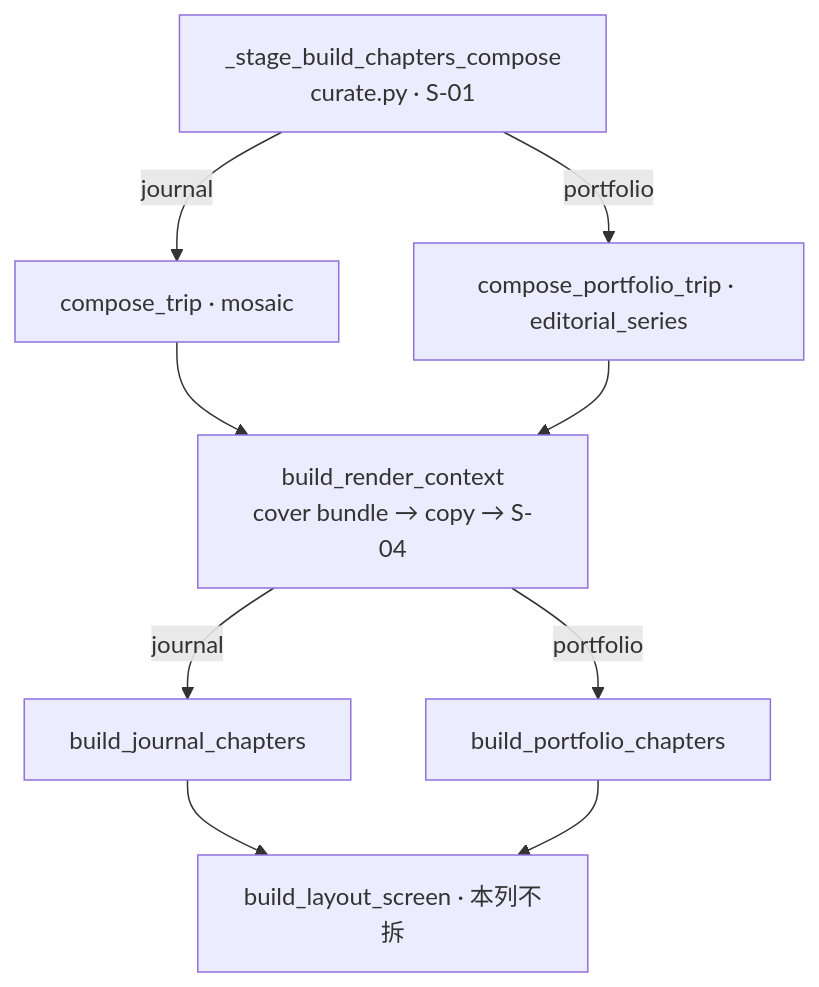
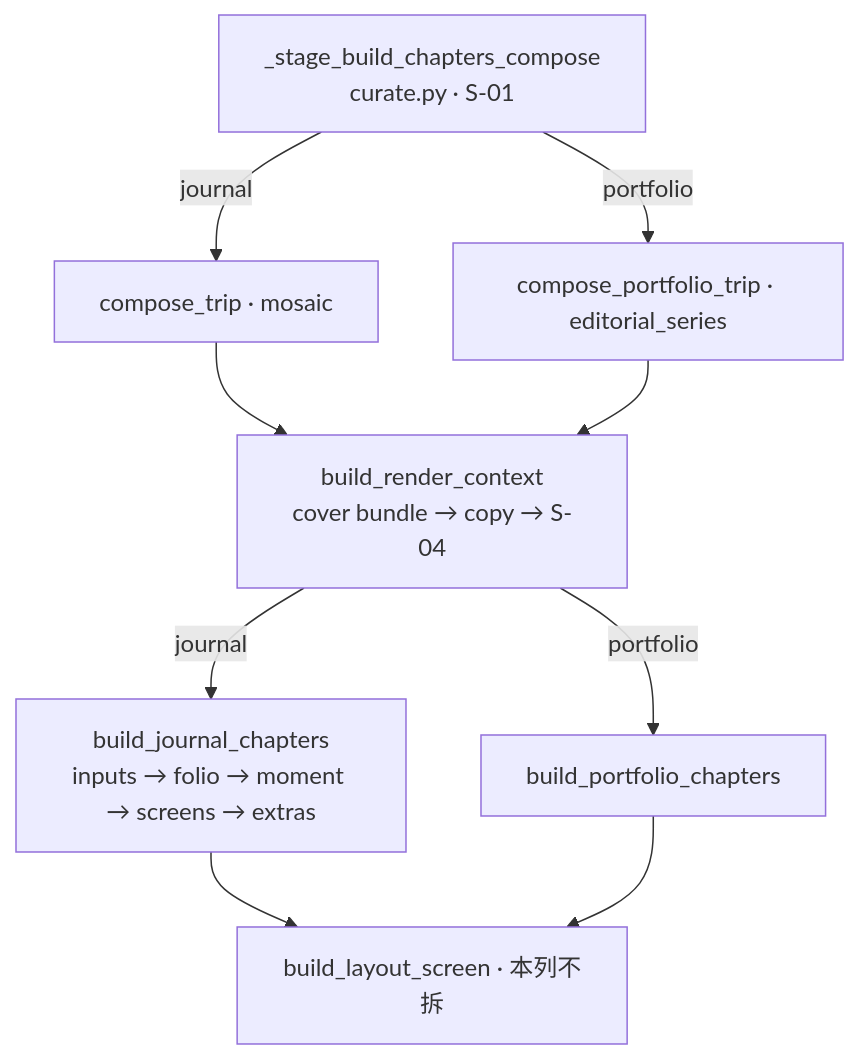
The diagram in docs/readable-core-line.md (warclover/travelogue), drawn with Mermaid before and after one commit. The commit also changed other lines of this file and 9 other files, not shown here.

First line of the commit message:
test(rcl): extract build_journal_chapters folio/screen stages (RCL W1)

````diff
--- a/docs/readable-core-line.md
+++ b/docs/readable-core-line.md
@@ -28,19 +28,19 @@
 ```mermaid
 flowchart TD
   curate["_stage_build_chapters_compose<br/>curate.py · S-01"]
   composeJ["compose_trip · mosaic"]
   composeP["compose_portfolio_trip · editorial_series"]
   assemble["build_render_context<br/>cover bundle → copy → S-04"]
-  jc["build_journal_chapters"]
+  jc["build_journal_chapters<br/>inputs → folio → moment → screens → extras"]
   pc["build_portfolio_chapters"]
   ctx["build_layout_screen · 本列不拆"]
 
   curate -->|journal| composeJ
   curate -->|portfolio| composeP
   composeJ --> assemble
   composeP --> assemble
   assemble -->|journal| jc
   assemble -->|portfolio| pc
   jc --> ctx
   pc --> ctx
 ```
````
